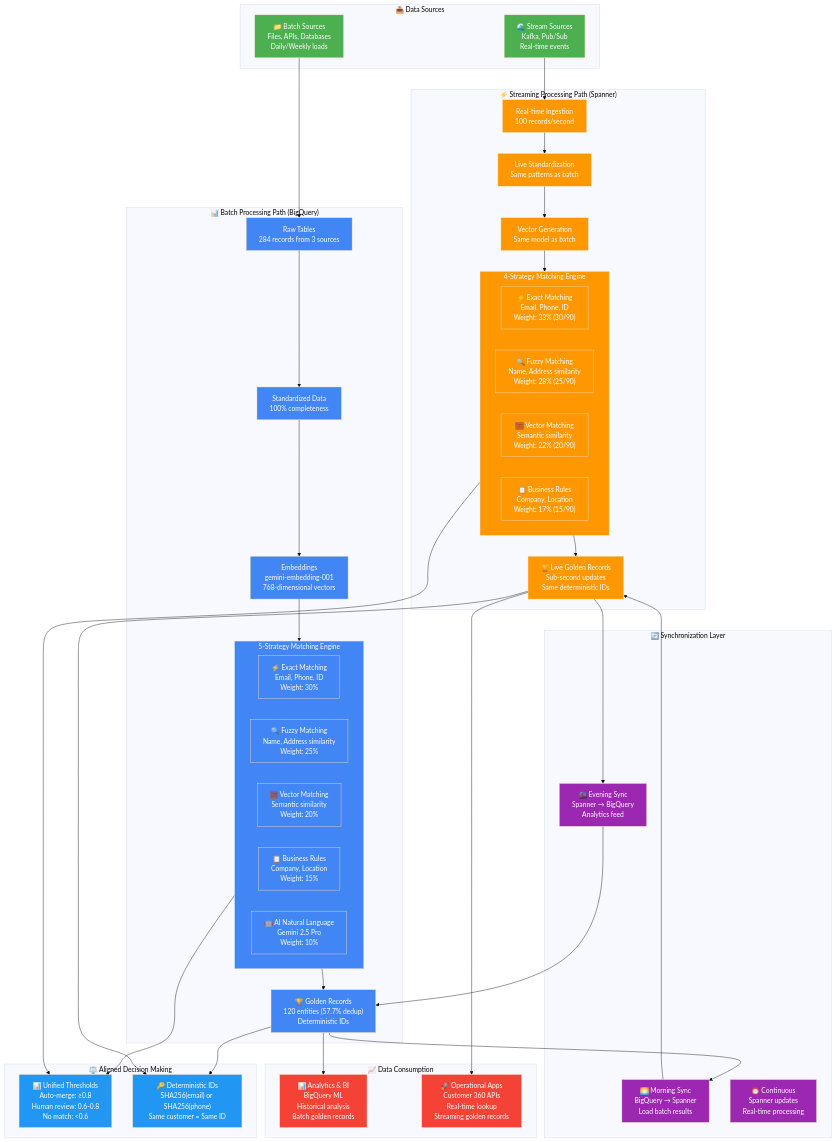
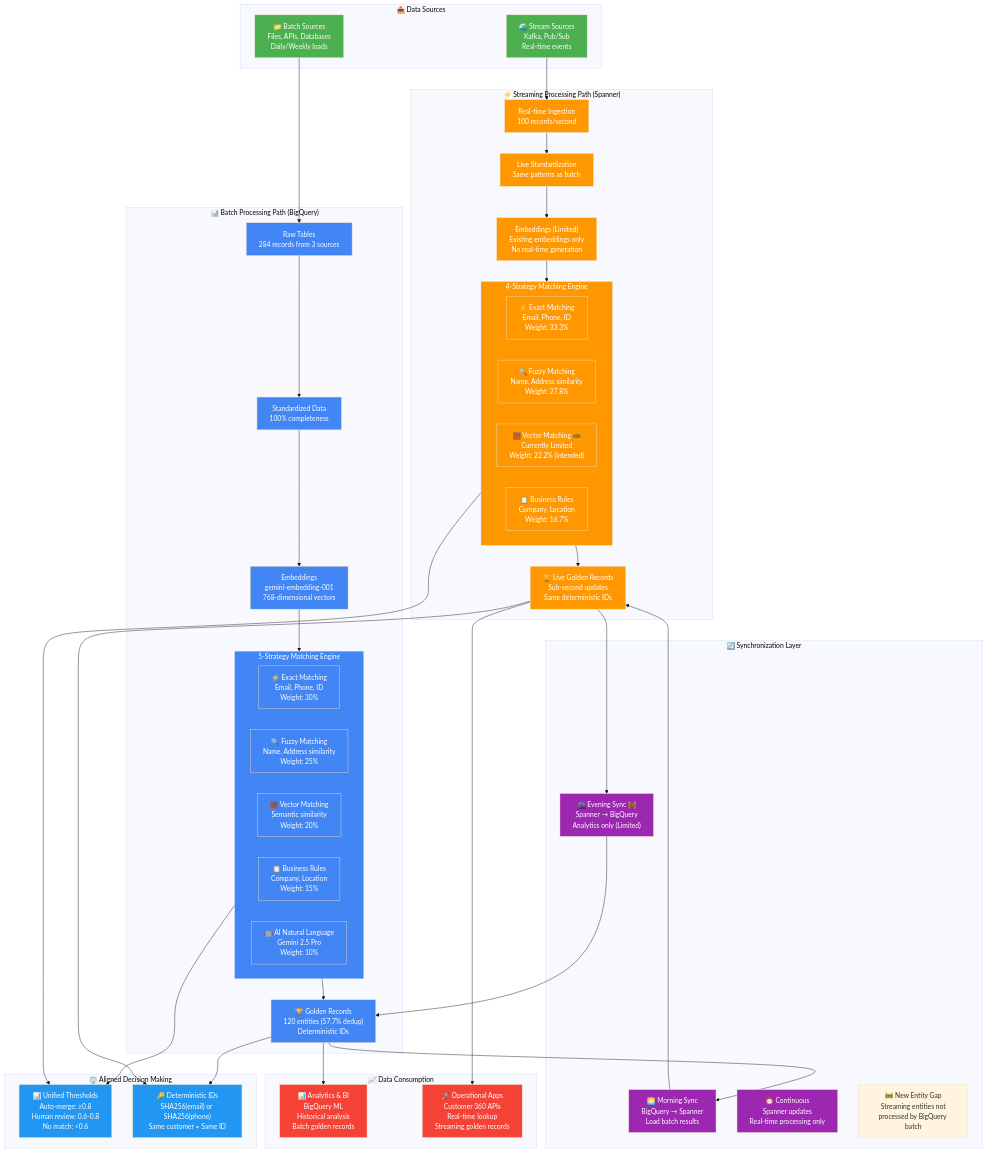
One commit to johanesalxd/mdm-gcp changed the diagram in mdm_unified_implementation.md. Above: the diagram before and after it, drawn with Mermaid (base theme). The commit also changed other lines of this file and 4 other files, not shown here.

```diff
--- a/mdm_unified_implementation.md
+++ b/mdm_unified_implementation.md
@@ -46,13 +77,13 @@
     subgraph StreamPath["⚡ Streaming Processing Path (Spanner)"]
         SP_INGEST["Real-time Ingestion<br/>100 records/second"]
         SP_STANDARD["Live Standardization<br/>Same patterns as batch"]
-        SP_EMBED["Vector Generation<br/>Same model as batch"]
+        SP_EMBED["Embeddings (Limited)<br/>Existing embeddings only<br/>No real-time generation"]
 
         subgraph SP_MATCH["4-Strategy Matching Engine"]
-            SP_EXACT["⚡ Exact Matching<br/>Email, Phone, ID<br/>Weight: 33% (30/90)"]
-            SP_FUZZY["🔍 Fuzzy Matching<br/>Name, Address similarity<br/>Weight: 28% (25/90)"]
-            SP_VECTOR["🧮 Vector Matching<br/>Semantic similarity<br/>Weight: 22% (20/90)"]
-            SP_BUSINESS["📋 Business Rules<br/>Company, Location<br/>Weight: 17% (15/90)"]
+            SP_EXACT["⚡ Exact Matching<br/>Email, Phone, ID<br/>Weight: 33.3%"]
+            SP_FUZZY["🔍 Fuzzy Matching<br/>Name, Address similarity<br/>Weight: 27.8%"]
+            SP_VECTOR["🧮 Vector Matching 🚧<br/>Currently Limited<br/>Weight: 22.2% (intended)"]
+            SP_BUSINESS["📋 Business Rules<br/>Company, Location<br/>Weight: 16.7%"]
         end
 
         SP_GOLDEN["🏆 Live Golden Records<br/>Sub-second updates<br/>Same deterministic IDs"]
@@ -60,8 +91,9 @@
 
     subgraph Sync["🔄 Synchronization Layer"]
         MORNING["🌅 Morning Sync<br/>BigQuery → Spanner<br/>Load batch results"]
-        CONTINUOUS["⏰ Continuous<br/>Spanner updates<br/>Real-time processing"]
-        EVENING["🌆 Evening Sync<br/>Spanner → BigQuery<br/>Analytics feed"]
+        CONTINUOUS["⏰ Continuous<br/>Spanner updates<br/>Real-time processing only"]
+        EVENING["🌆 Evening Sync 🚧<br/>Spanner → BigQuery<br/>Analytics only (Limited)"]
+        NEW_ENTITY_GAP["🚧 New Entity Gap<br/>Streaming entities not<br/>processed by BigQuery batch"]
     end
 
     subgraph Decision["⚖️ Aligned Decision Making"]
```
